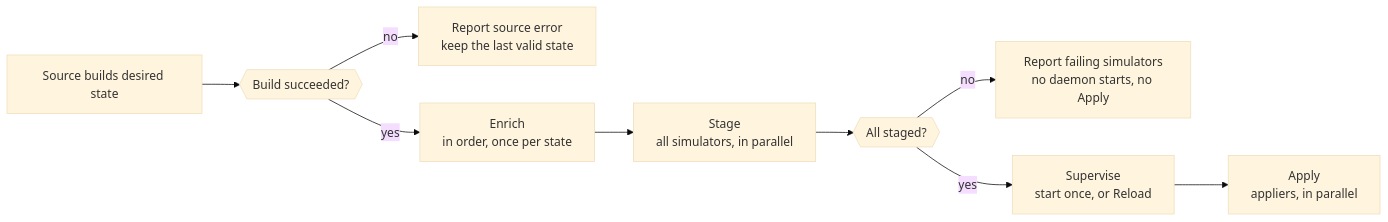
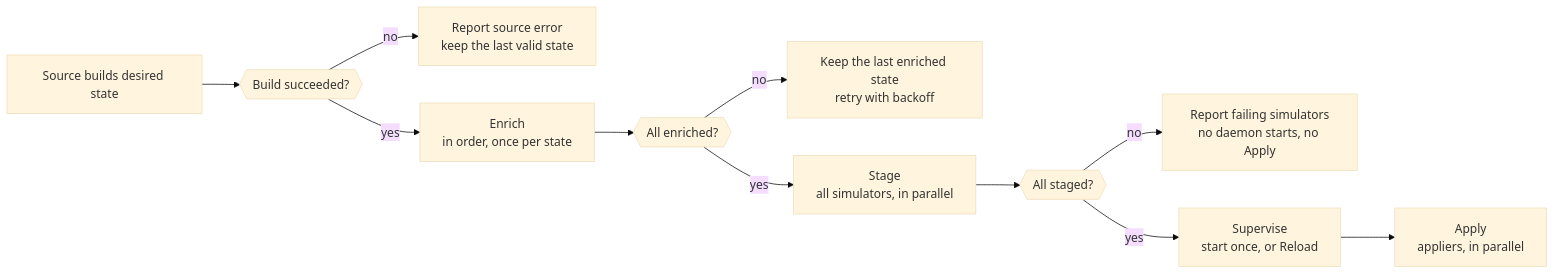
One commit to NVIDIA/k8s-test-infra changed the diagram in docs/components/node-daemon.md. Above: the diagram before and after it, drawn with Mermaid (base theme). The commit also changed other lines of this file and 6 other files, not shown here.

````diff
--- a/docs/components/node-daemon.md
+++ b/docs/components/node-daemon.md
@@ -52,11 +52,13 @@
 ```mermaid
 flowchart LR
     source[Source builds desired state] --> valid{{Build succeeded?}}
     valid -->|no| invalid[Report source error<br/>keep the last valid state]
     valid -->|yes| enrich[Enrich<br/>in order, once per state]
-    enrich --> stage[Stage<br/>all simulators, in parallel]
+    enrich --> enriched{{All enriched?}}
+    enriched -->|no| retry[Keep the last enriched state<br/>retry with backoff]
+    enriched -->|yes| stage[Stage<br/>all simulators, in parallel]
     stage --> barrier{{All staged?}}
     barrier -->|no| fail[Report failing simulators<br/>no daemon starts, no Apply]
     barrier -->|yes| daemons[Supervise<br/>start once, or Reload]
     daemons --> apply[Apply<br/>appliers, in parallel]
 ```
````
